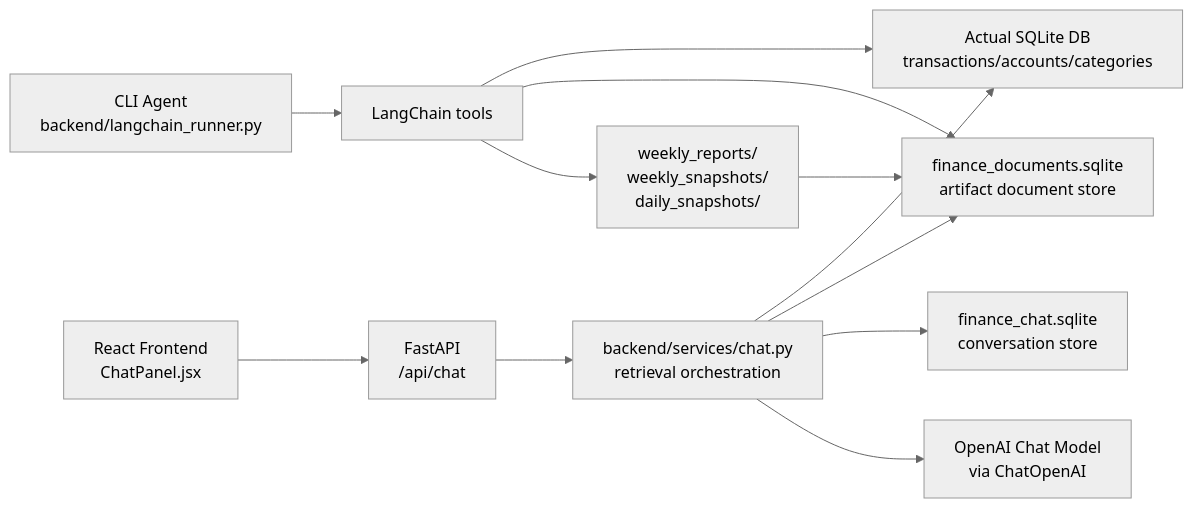
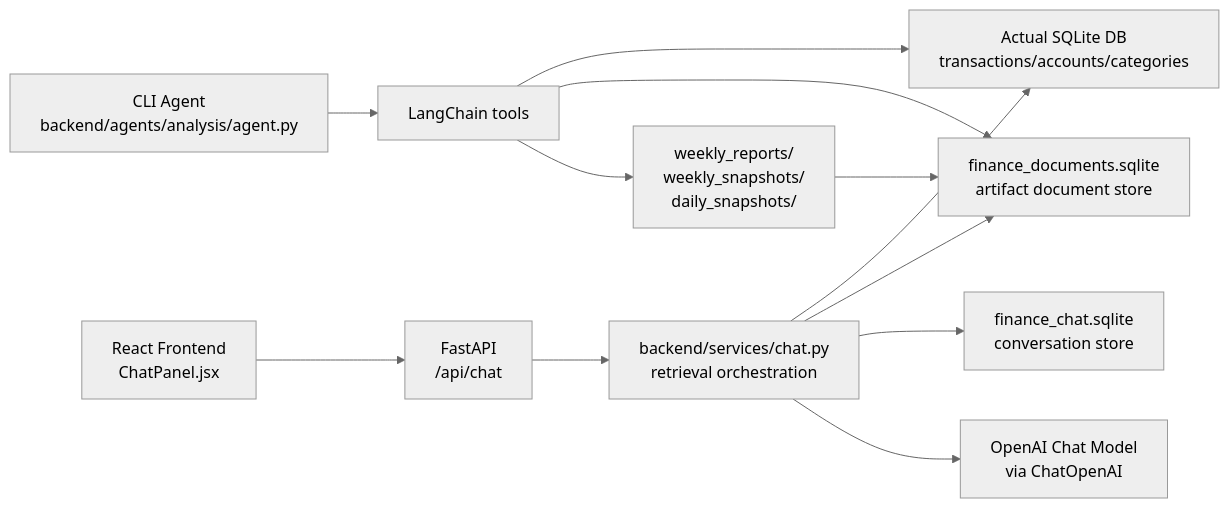
Before and after one commit to gtohkoots/actual-ai-agent: the diagram in AI_ARCHITECTURE.md, drawn with Mermaid (neutral theme). The commit also changed other lines of this file and 24 other files, not shown here.

````diff
--- a/AI_ARCHITECTURE.md
+++ b/AI_ARCHITECTURE.md
@@ -14,15 +14,15 @@
 ```mermaid
 flowchart LR
     UI["React Frontend\nChatPanel.jsx"] --> API["FastAPI\n/api/chat"]
     API --> CHAT["backend/services/chat.py\nretrieval orchestration"]
     CHAT --> LEDGER["Actual SQLite DB\ntransactions/accounts/categories"]
     CHAT --> DOCS["finance_documents.sqlite\nartifact document store"]
     CHAT --> CONV["finance_chat.sqlite\nconversation store"]
     CHAT --> LLM["OpenAI Chat Model\nvia ChatOpenAI"]
 
-    CLI["CLI Agent\nbackend/langchain_runner.py"] --> TOOLS["LangChain tools"]
+    CLI["CLI Agent\nbackend/agents/analysis/agent.py"] --> TOOLS["LangChain tools"]
     TOOLS --> LEDGER
     TOOLS --> DOCS
     TOOLS --> ARTIFACTS["weekly_reports/\nweekly_snapshots/\ndaily_snapshots/"]
     ARTIFACTS --> DOCS
 ```
````
